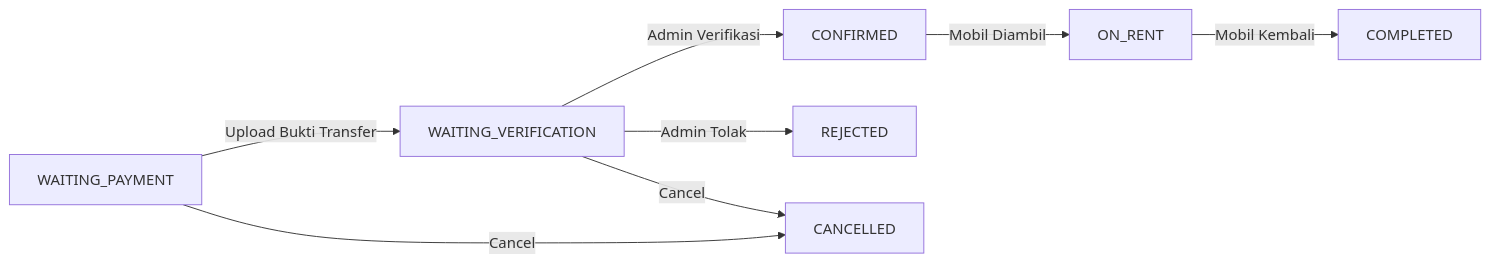
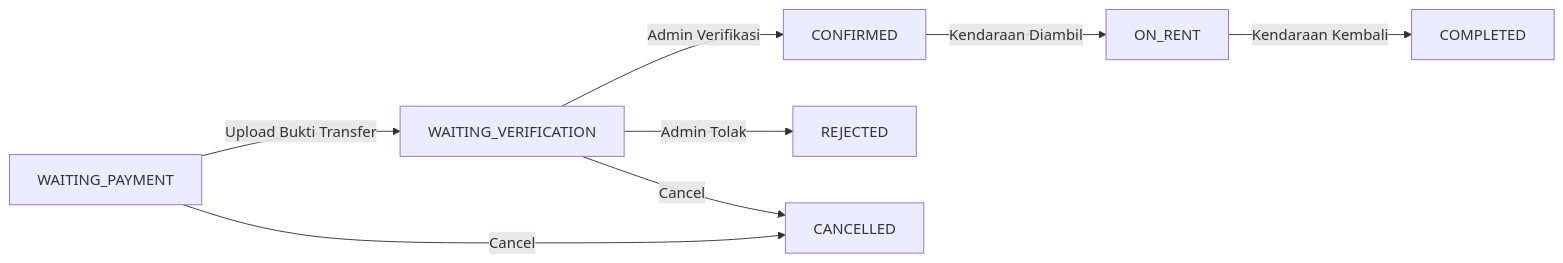
Before and after one commit to andhikaeffendy/rent-car: the diagram in SKRIPSI.md, drawn with Mermaid. The commit also changed other lines of this file, not shown here.

Commit message:
docs: update SKRIPSI.md — konsistensi rental mobil -> rental kendaraan, 0 referensi mobil tersisa (kecuali nama perusahaan)

````diff
--- a/SKRIPSI.md
+++ b/SKRIPSI.md
@@ -564,10 +564,10 @@
 ```mermaid
 graph LR
     A[WAITING_PAYMENT] -->|Upload Bukti Transfer| B[WAITING_VERIFICATION]
     B -->|Admin Verifikasi| C[CONFIRMED]
     B -->|Admin Tolak| D[REJECTED]
-    C -->|Mobil Diambil| E[ON_RENT]
-    E -->|Mobil Kembali| F[COMPLETED]
+    C -->|Kendaraan Diambil| E[ON_RENT]
+    E -->|Kendaraan Kembali| F[COMPLETED]
     A -->|Cancel| G[CANCELLED]
     B -->|Cancel| G
 ```
````
